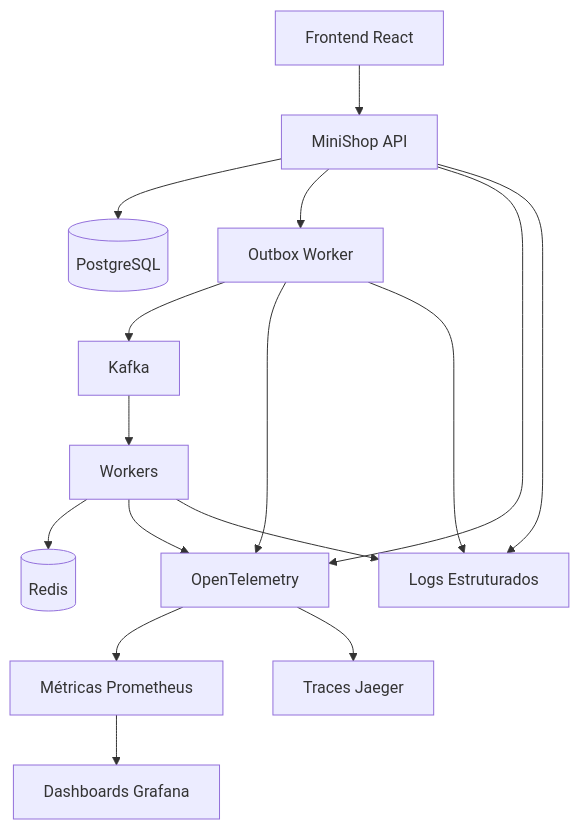
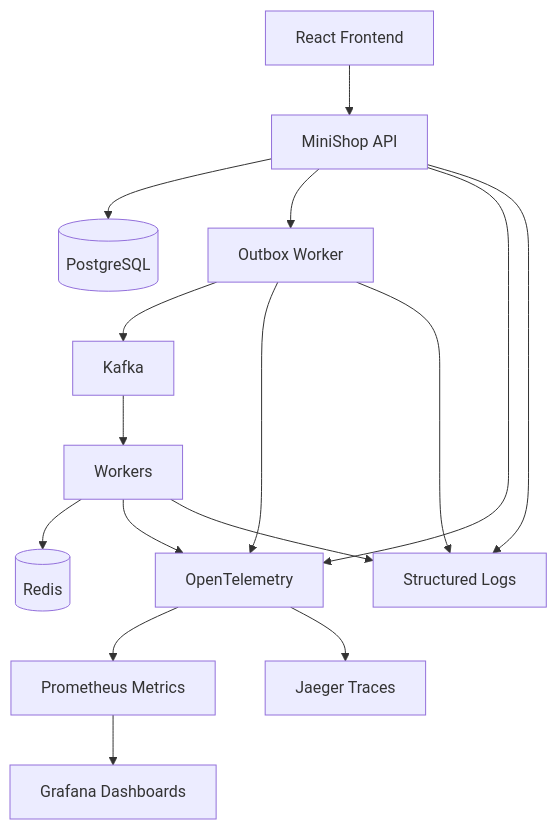
The diagram in event-driven-order-processing-system-main/fullstack-system-design-playbook/docs/observability.md (Thiago771414/event-driven-order-processing-system), drawn with Mermaid before and after one commit. The commit also changed other lines of this file and 19 other files, not shown here.

````diff
--- a/event-driven-order-processing-system-main/fullstack-system-design-playbook/docs/observability.md
+++ b/event-driven-order-processing-system-main/fullstack-system-design-playbook/docs/observability.md
@@ -9,18 +9,18 @@
 ```mermaid
 flowchart TD
-  FE[Frontend React] --> API[MiniShop API]
+  FE[React Frontend] --> API[MiniShop API]
   API --> DB[(PostgreSQL)]
   API --> OW[Outbox Worker]
   OW --> K[Kafka]
   K --> W[Workers]
   W --> R[(Redis)]
   API --> OTEL[OpenTelemetry]
   OW --> OTEL
   W --> OTEL
-  OTEL --> P[Métricas Prometheus]
-  OTEL --> J[Traces Jaeger]
-  API --> L[Logs Estruturados]
+  OTEL --> P[Prometheus Metrics]
+  OTEL --> J[Jaeger Traces]
+  API --> L[Structured Logs]
   OW --> L
   W --> L
-  P --> G[Dashboards Grafana]
+  P --> G[Grafana Dashboards]
 ```
````
